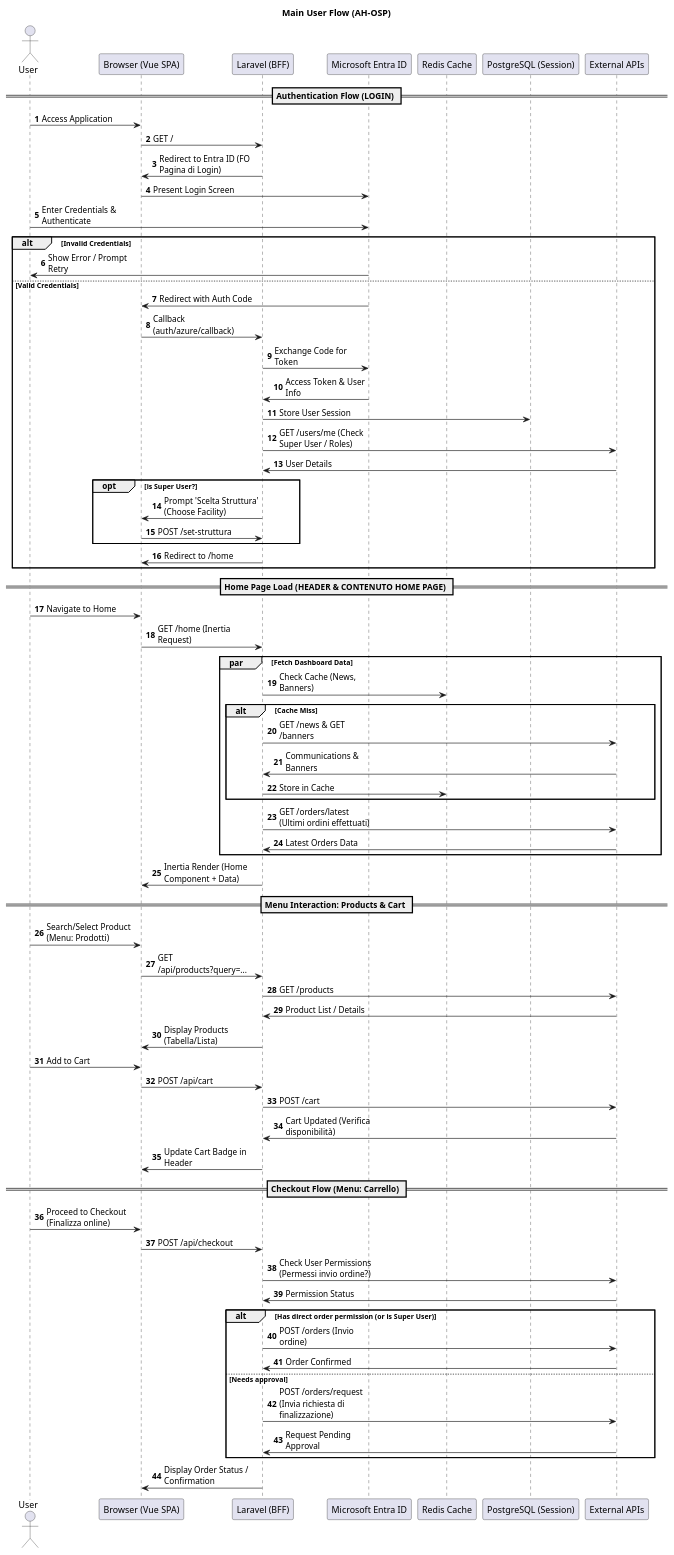
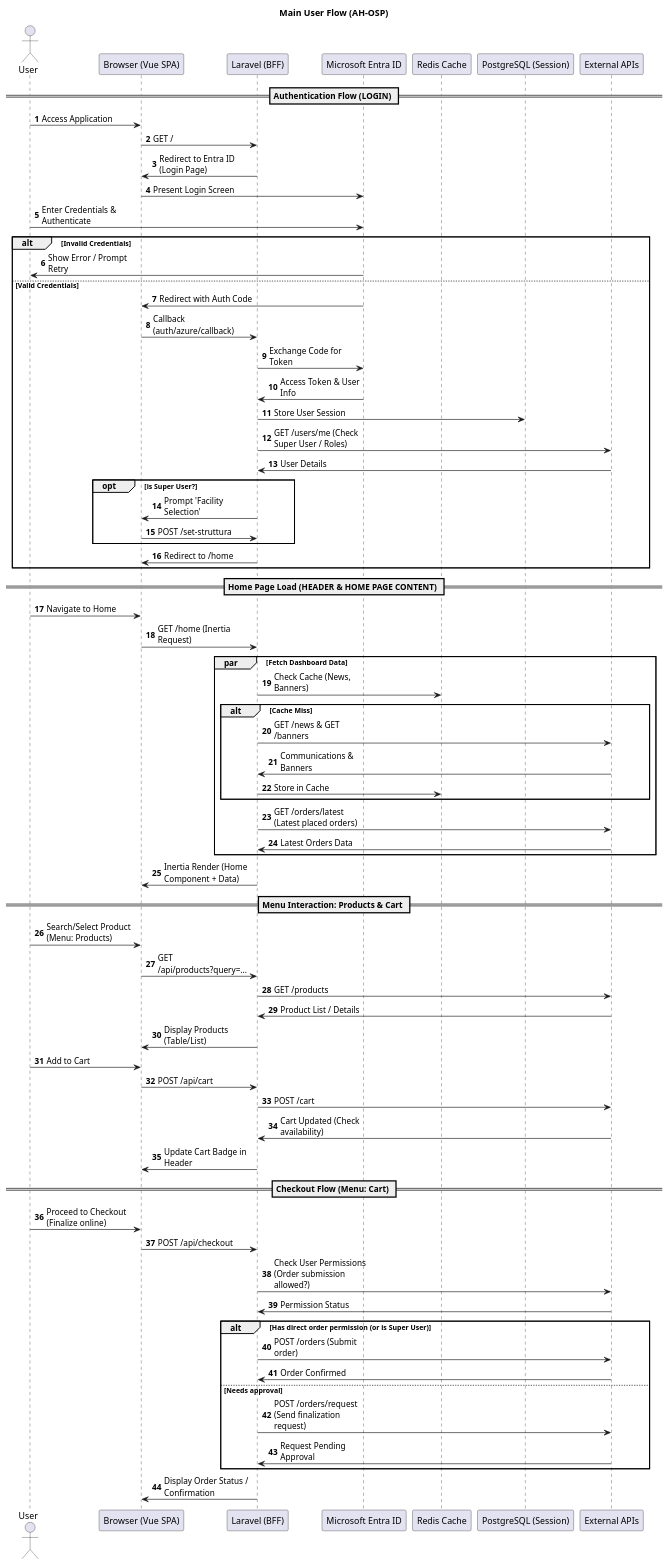
The diagram in docs/diagrams/sequence-main-flow.puml (gant85/ospedaliero-design), drawn with PlantUML before and after one commit. The commit also changed 14 other files, not shown here.

```diff
--- a/docs/diagrams/sequence-main-flow.puml
+++ b/docs/diagrams/sequence-main-flow.puml
@@ -1,88 +1,88 @@
 @startuml
 title Main User Flow (AH-OSP)
 skinparam maxMessageSize 150
 autonumber
 
 actor "User" as User
 participant "Browser (Vue SPA)" as Browser
 participant "Laravel (BFF)" as BFF
 participant "Microsoft Entra ID" as EntraID
 participant "Redis Cache" as Cache
 participant "PostgreSQL (Session)" as DB
 participant "External APIs" as API
 
 == Authentication Flow (LOGIN) ==
 
 User -> Browser: Access Application
 Browser -> BFF: GET /
-BFF -> Browser: Redirect to Entra ID (FO Pagina di Login)
+BFF -> Browser: Redirect to Entra ID (Login Page)
 Browser -> EntraID: Present Login Screen
 User -> EntraID: Enter Credentials & Authenticate
 alt Invalid Credentials
     EntraID -> User: Show Error / Prompt Retry
 else Valid Credentials
     EntraID -> Browser: Redirect with Auth Code
     Browser -> BFF: Callback (auth/azure/callback)
     BFF -> EntraID: Exchange Code for Token
     EntraID -> BFF: Access Token & User Info
     BFF -> DB: Store User Session
     BFF -> API: GET /users/me (Check Super User / Roles)
     API -> BFF: User Details
     opt is Super User?
-        BFF -> Browser: Prompt 'Scelta Struttura' (Choose Facility)
+        BFF -> Browser: Prompt 'Facility Selection'
         Browser -> BFF: POST /set-struttura
     end
     BFF -> Browser: Redirect to /home
 end
 
-== Home Page Load (HEADER & CONTENUTO HOME PAGE) ==
+== Home Page Load (HEADER & HOME PAGE CONTENT) ==
 
 User -> Browser: Navigate to Home
 Browser -> BFF: GET /home (Inertia Request)
 
 par Fetch Dashboard Data
     BFF -> Cache: Check Cache (News, Banners)
     alt Cache Miss
         BFF -> API: GET /news & GET /banners
         API -> BFF: Communications & Banners
         BFF -> Cache: Store in Cache
     end
     
-    BFF -> API: GET /orders/latest (Ultimi ordini effettuati)
+    BFF -> API: GET /orders/latest (Latest placed orders)
     API -> BFF: Latest Orders Data
 end
 
 BFF -> Browser: Inertia Render (Home Component + Data)
 
 == Menu Interaction: Products & Cart ==
 
-User -> Browser: Search/Select Product (Menu: Prodotti)
+User -> Browser: Search/Select Product (Menu: Products)
 Browser -> BFF: GET /api/products?query=...
 BFF -> API: GET /products
 API -> BFF: Product List / Details
-BFF -> Browser: Display Products (Tabella/Lista)
+BFF -> Browser: Display Products (Table/List)
 
 User -> Browser: Add to Cart
 Browser -> BFF: POST /api/cart
 BFF -> API: POST /cart
-API -> BFF: Cart Updated (Verifica disponibilità)
+API -> BFF: Cart Updated (Check availability)
 BFF -> Browser: Update Cart Badge in Header
 
-== Checkout Flow (Menu: Carrello) ==
+== Checkout Flow (Menu: Cart) ==
 
-User -> Browser: Proceed to Checkout (Finalizza online)
+User -> Browser: Proceed to Checkout (Finalize online)
 Browser -> BFF: POST /api/checkout
-BFF -> API: Check User Permissions (Permessi invio ordine?)
+BFF -> API: Check User Permissions (Order submission allowed?)
 API -> BFF: Permission Status
 
 alt Has direct order permission (or is Super User)
-    BFF -> API: POST /orders (Invio ordine)
+    BFF -> API: POST /orders (Submit order)
     API -> BFF: Order Confirmed
 else Needs approval
-    BFF -> API: POST /orders/request (Invia richiesta di finalizzazione)
+    BFF -> API: POST /orders/request (Send finalization request)
     API -> BFF: Request Pending Approval
 end
 
 BFF -> Browser: Display Order Status / Confirmation
 
 @enduml
```
